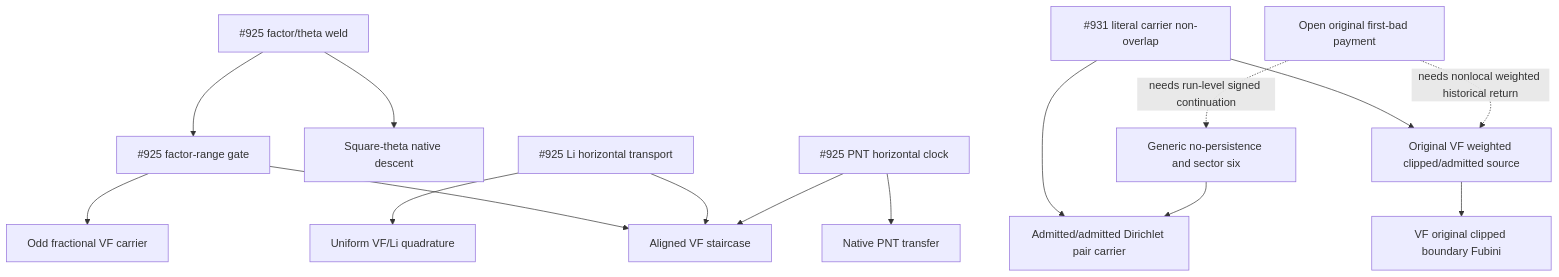
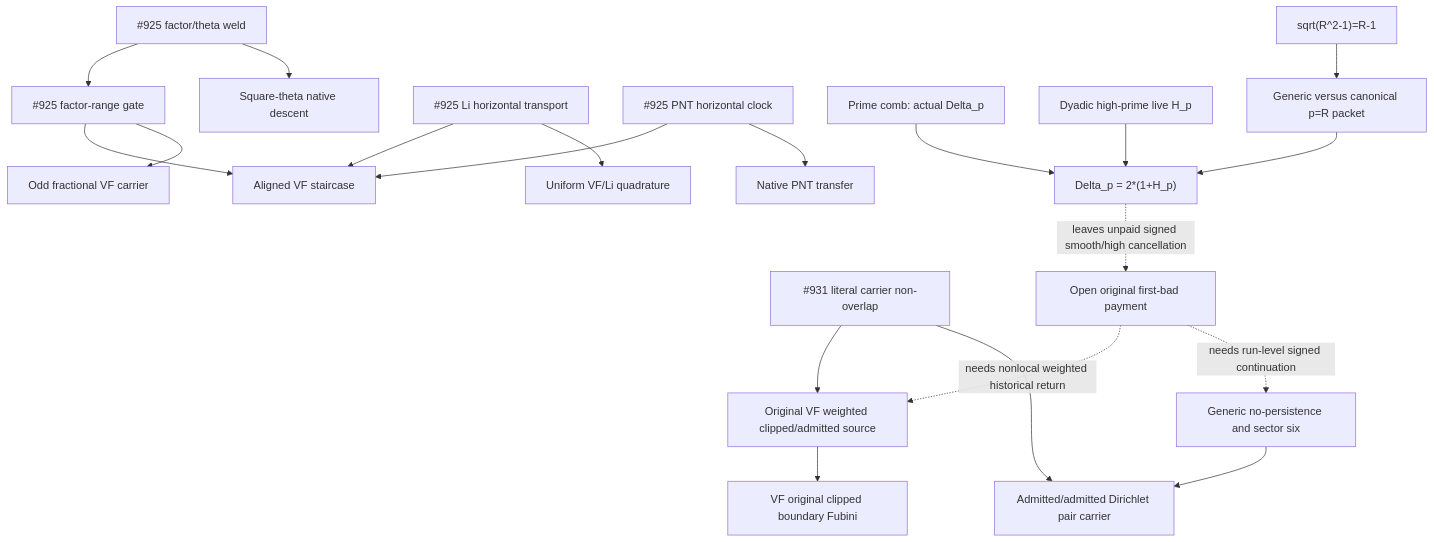
The diagram in docs/RESEARCH_FRONTIER_DAG.md (OVVO-Financial/RH_Lean), drawn with Mermaid before and after one commit. The commit also changed other lines of this file, not shown here.

Commit message:
docs: show newly unified physical prime-comb/dyadic source and exact root-prime correction in DAG

````diff
--- a/docs/RESEARCH_FRONTIER_DAG.md
+++ b/docs/RESEARCH_FRONTIER_DAG.md
@@ -36,17 +36,22 @@
 ```mermaid
 flowchart TD
   Theta["#925 factor/theta weld"] --> Factor["#925 factor-range gate"]
   Theta --> Descent["Square-theta native descent"]
   Factor --> Aligned["Aligned VF staircase"]
   Factor --> Odd["Odd fractional VF carrier"]
   Li["#925 Li horizontal transport"] --> Aligned
   Li --> Quad["Uniform VF/Li quadrature"]
   PNT["#925 PNT horizontal clock"] --> Aligned
   PNT --> Native["Native PNT transfer"]
   Guard931["#931 literal carrier non-overlap"] --> Raw["Original VF weighted clipped/admitted source"]
   Guard931 --> Adm["Admitted/admitted Dirichlet pair carrier"]
   Raw --> VFClip["VF original clipped boundary Fubini"]
   SignedSix["Generic no-persistence and sector six"] --> Adm
+  PrimeComb["Prime comb: actual Delta_p"] --> DyadicWeld["Delta_p = 2*(1+H_p)"]
+  Dyadic["Dyadic high-prime live H_p"] --> DyadicWeld
+  RootBoundary["sqrt(R^2-1)=R-1"] --> Correction["Generic versus canonical p=R packet"]
+  Correction --> DyadicWeld
+  DyadicWeld -. leaves unpaid signed smooth/high cancellation .-> Canonical
   Canonical["Open original first-bad payment"] -. needs nonlocal weighted historical return .-> Raw
   Canonical -. needs run-level signed continuation .-> SignedSix
 ```
````
